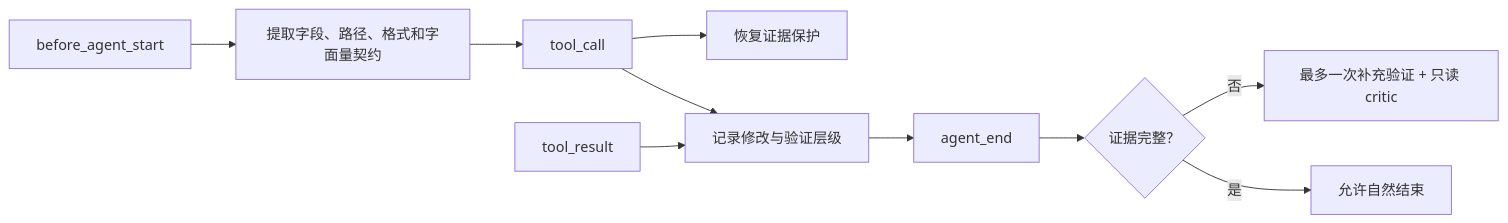
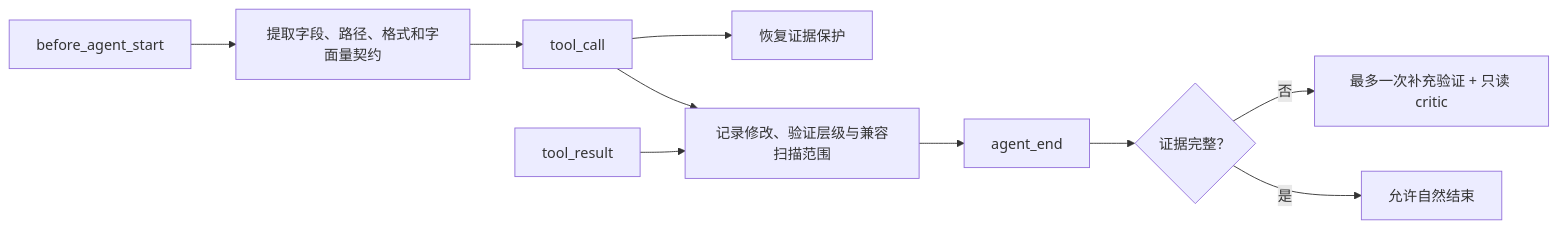
Before and after one commit to ReadNULL/Bumblebee: the diagram in src/agents/assurance/README.md, drawn with Mermaid. The commit also changed other lines of this file and 8 other files, not shown here.

````diff
--- a/src/agents/assurance/README.md
+++ b/src/agents/assurance/README.md
@@ -12,12 +12,12 @@
 ```mermaid
 flowchart LR
   Prompt["before_agent_start"] --> Contract["提取字段、路径、格式和字面量契约"]
   Contract --> Calls["tool_call"]
   Calls --> Guard["恢复证据保护"]
-  Calls --> Ledger["记录修改与验证层级"]
+  Calls --> Ledger["记录修改、验证层级与兼容扫描范围"]
   Results["tool_result"] --> Ledger
   Ledger --> End["agent_end"]
   End --> Review{"证据完整？"}
   Review -- 否 --> FollowUp["最多一次补充验证 + 只读 critic"]
   Review -- 是 --> Done["允许自然结束"]
 ```
````
